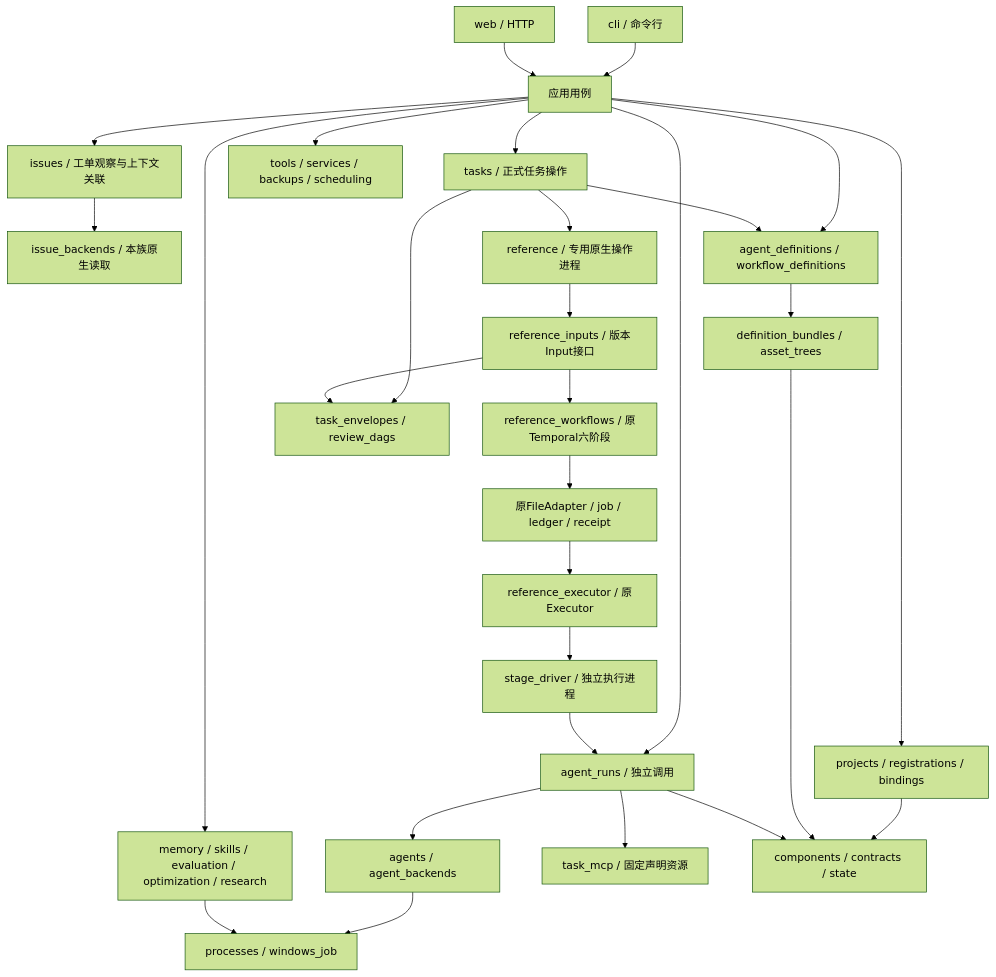
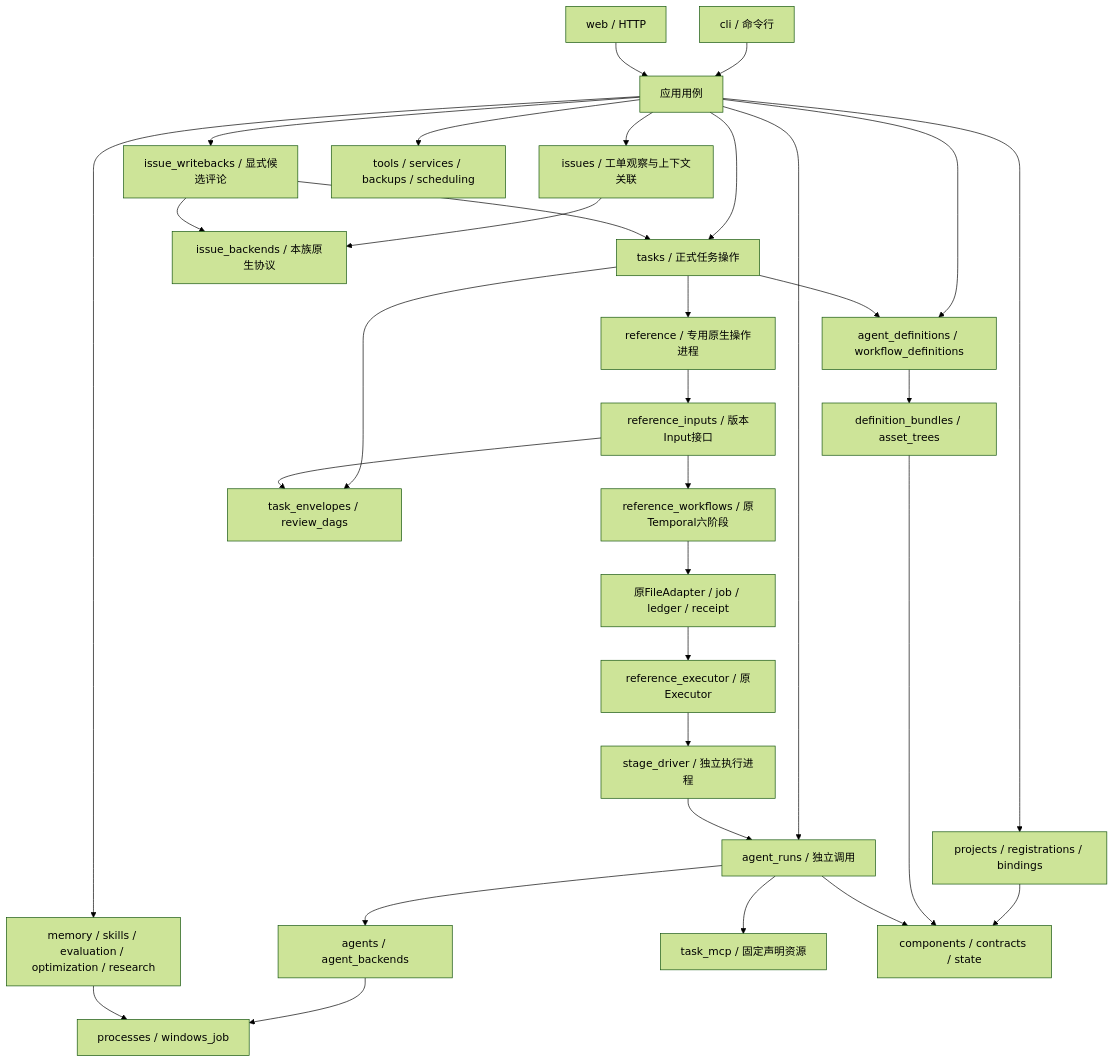
One commit to 626619403/Ergora changed the first of 5 diagrams in docs/architecture/current.md. Above: the diagram before and after it, drawn with Mermaid (forest theme). The commit also changed other lines of this file and 27 other files, not shown here.

````diff
--- a/docs/architecture/current.md
+++ b/docs/architecture/current.md
@@ -11,31 +11,34 @@
 ```mermaid
 flowchart TB
   CLI[cli / 命令行] --> Uses[应用用例]
   HTTP[web / HTTP] --> Uses
   Uses --> Project[projects / registrations / bindings]
   Uses --> Tasks[tasks / 正式任务操作]
   Uses --> Issues[issues / 工单观察与上下文关联]
-  Issues --> IssueBackends[issue_backends / 本族原生读取]
+  Issues --> IssueBackends[issue_backends / 本族原生协议]
+  Uses --> Writebacks[issue_writebacks / 显式候选评论]
+  Writebacks --> IssueBackends
+  Writebacks --> Tasks
   Uses --> Library[agent_definitions / workflow_definitions]
   Uses --> Runs[agent_runs / 独立调用]
   Uses --> Evolution[memory / skills / evaluation / optimization / research]
   Uses --> Ops[tools / services / backups / scheduling]
   Library --> Bundles[definition_bundles / asset_trees]
   Tasks --> Library
   Tasks --> Reference[reference / 专用原生操作进程]
   Reference --> Input[reference_inputs / 版本Input接口]
   Input --> Flow[reference_workflows / 原Temporal六阶段]
   Flow --> Files[原FileAdapter / job / ledger / receipt]
   Files --> Executor[reference_executor / 原Executor]
   Executor --> Driver[stage_driver / 独立执行进程]
   Driver --> Runs
   Runs --> Agents[agents / agent_backends]
   Runs --> MCP[task_mcp / 固定声明资源]
   Agents --> Processes[processes / windows_job]
   Evolution --> Processes
   Project --> Base[components / contracts / state]
   Bundles --> Base
   Runs --> Base
   Tasks --> Envelope[task_envelopes / review_dags]
   Input --> Envelope
 ```
````
